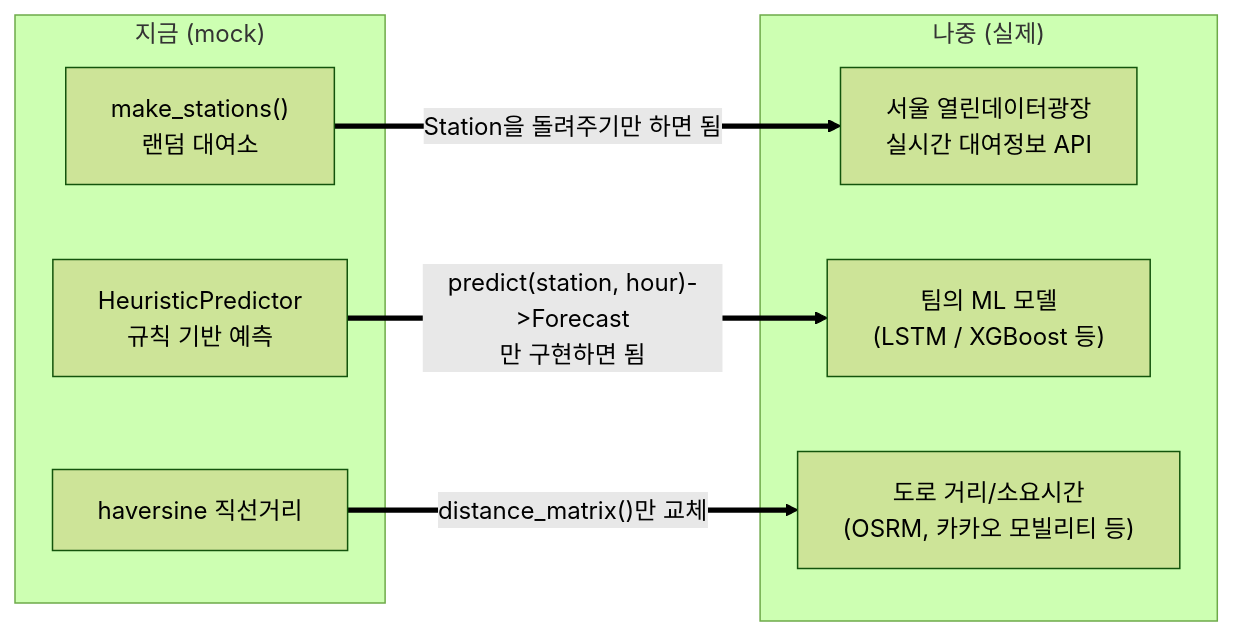
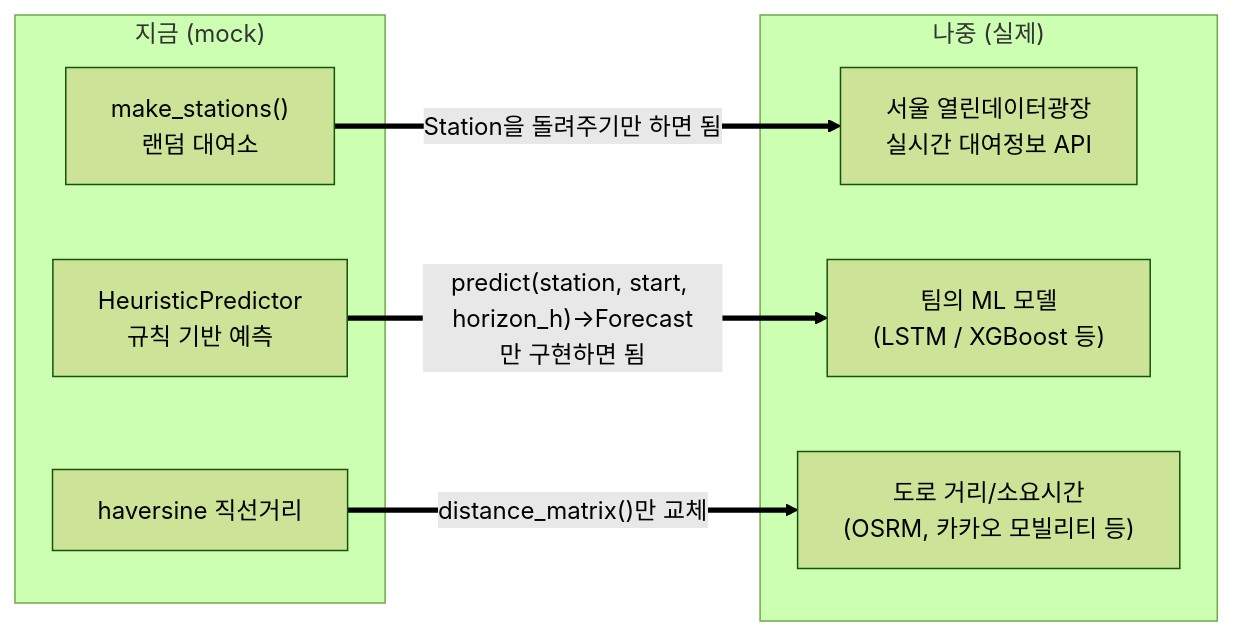
Before and after one commit to HuitaePark/seoul_bike: the third of 3 diagrams in docs/or-tools/architecture/01-architecture.md, drawn with Mermaid (forest theme). The commit also changed 7 other files, not shown here.

````diff
--- a/docs/or-tools/architecture/01-architecture.md
+++ b/docs/or-tools/architecture/01-architecture.md
@@ -81,16 +81,16 @@
 ```mermaid
 flowchart LR
     subgraph NOW["지금 (mock)"]
         N1["make_stations()<br/>랜덤 대여소"]
         N2["HeuristicPredictor<br/>규칙 기반 예측"]
         N3["haversine 직선거리"]
     end
     subgraph LATER["나중 (실제)"]
         L1["서울 열린데이터광장<br/>실시간 대여정보 API"]
         L2["팀의 ML 모델<br/>(LSTM / XGBoost 등)"]
         L3["도로 거리/소요시간<br/>(OSRM, 카카오 모빌리티 등)"]
     end
     N1 ==>|"Station을 돌려주기만 하면 됨"| L1
-    N2 ==>|"predict(station, hour)->Forecast<br/>만 구현하면 됨"| L2
+    N2 ==>|"predict(station, start, horizon_h)->Forecast<br/>만 구현하면 됨"| L2
     N3 ==>|"distance_matrix()만 교체"| L3
 ```
````
